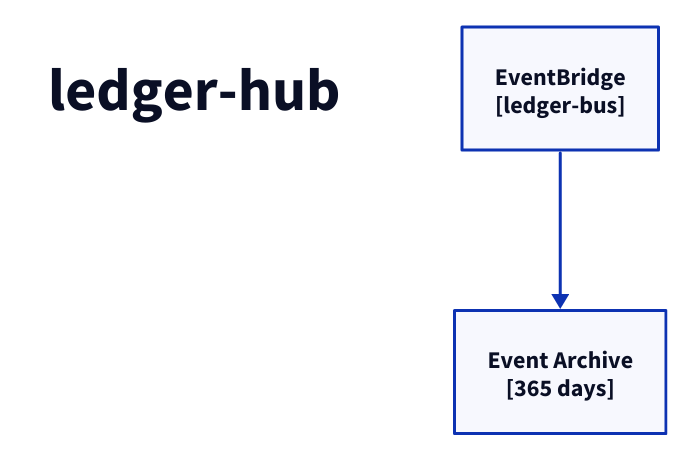
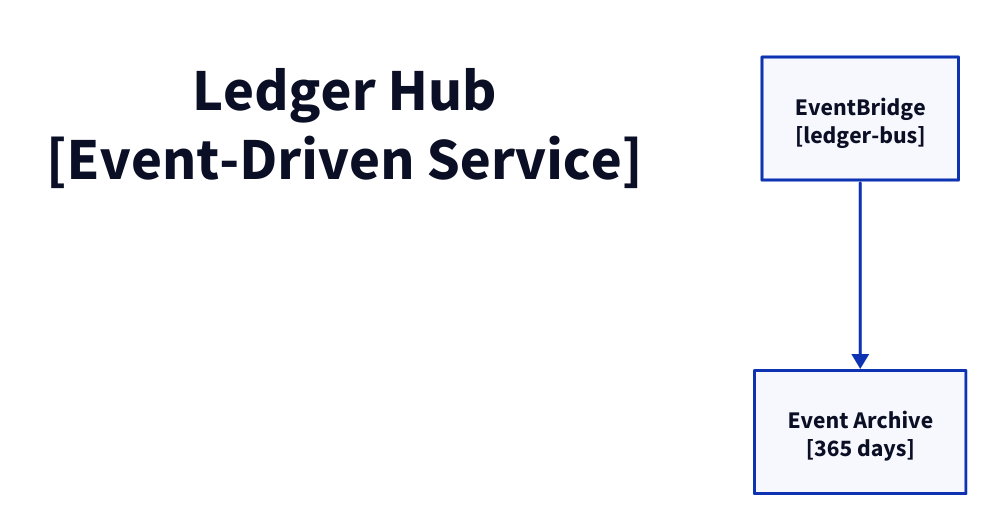
One commit to fabio-vitali/nestfolio changed the diagram in docs/architecture/c3/ledger-hub.d2. Above: the diagram before and after it, drawn with D2. The commit also changed 71 other files, not shown here.

Commit message:
fix: regenerate C4 diagrams with semantic labels

```diff
--- a/docs/architecture/c3/ledger-hub.d2
+++ b/docs/architecture/c3/ledger-hub.d2
@@ -1,11 +1,11 @@
 direction: down
 
-title: "ledger-hub" {
+title: "Ledger Hub\n[Event-Driven Service]" {
   style: { font-size: 40; bold: true; fill: transparent; stroke: transparent }
 }
 
 ledger-bus: "EventBridge\n[ledger-bus]" { class: aws-eventbridge }
 archive: "Event Archive\n[365 days]" { class: aws-s3 }
 ledger-bus -> archive
 
 # Flows
```
